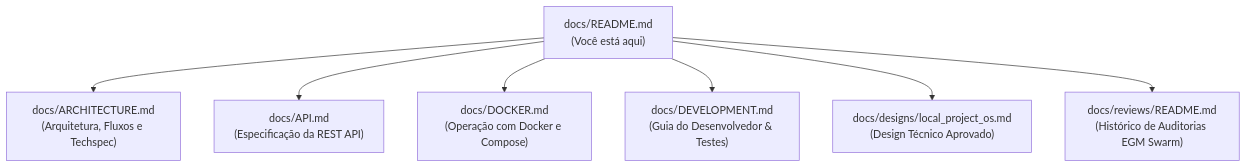
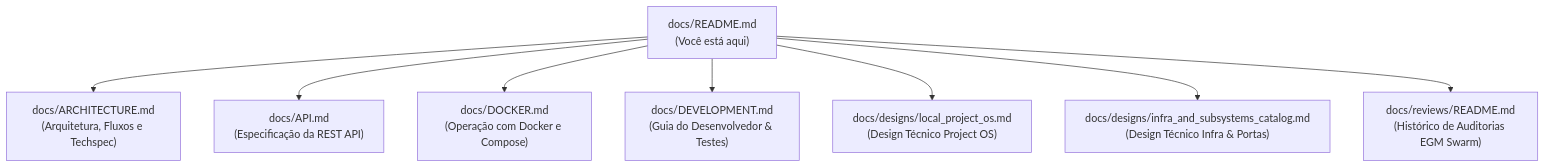
The diagram in docs/README.md (sandrofreitas-web/axion-cockpit), drawn with Mermaid before and after one commit. The commit also changed other lines of this file and 16 other files, not shown here.

First line of the commit message:
feat(infra): catalogar infraestrutura passiva do vault e radar de colisao de portas

````diff
--- a/docs/README.md
+++ b/docs/README.md
@@ -9,17 +9,19 @@
 ```mermaid
 flowchart TD
     Index["docs/README.md\n(Você está aqui)"]
     Arch["docs/ARCHITECTURE.md\n(Arquitetura, Fluxos e Techspec)"]
     Api["docs/API.md\n(Especificação da REST API)"]
     DockerDoc["docs/DOCKER.md\n(Operação com Docker e Compose)"]
     DevDoc["docs/DEVELOPMENT.md\n(Guia do Desenvolvedor & Testes)"]
-    DesignAppr["docs/designs/local_project_os.md\n(Design Técnico Aprovado)"]
+    DesignAppr["docs/designs/local_project_os.md\n(Design Técnico Project OS)"]
+    DesignInfra["docs/designs/infra_and_subsystems_catalog.md\n(Design Técnico Infra & Portas)"]
     ReviewsHub["docs/reviews/README.md\n(Histórico de Auditorias EGM Swarm)"]
 
     Index --> Arch
     Index --> Api
     Index --> DockerDoc
     Index --> DevDoc
     Index --> DesignAppr
+    Index --> DesignInfra
     Index --> ReviewsHub
 ```
````
